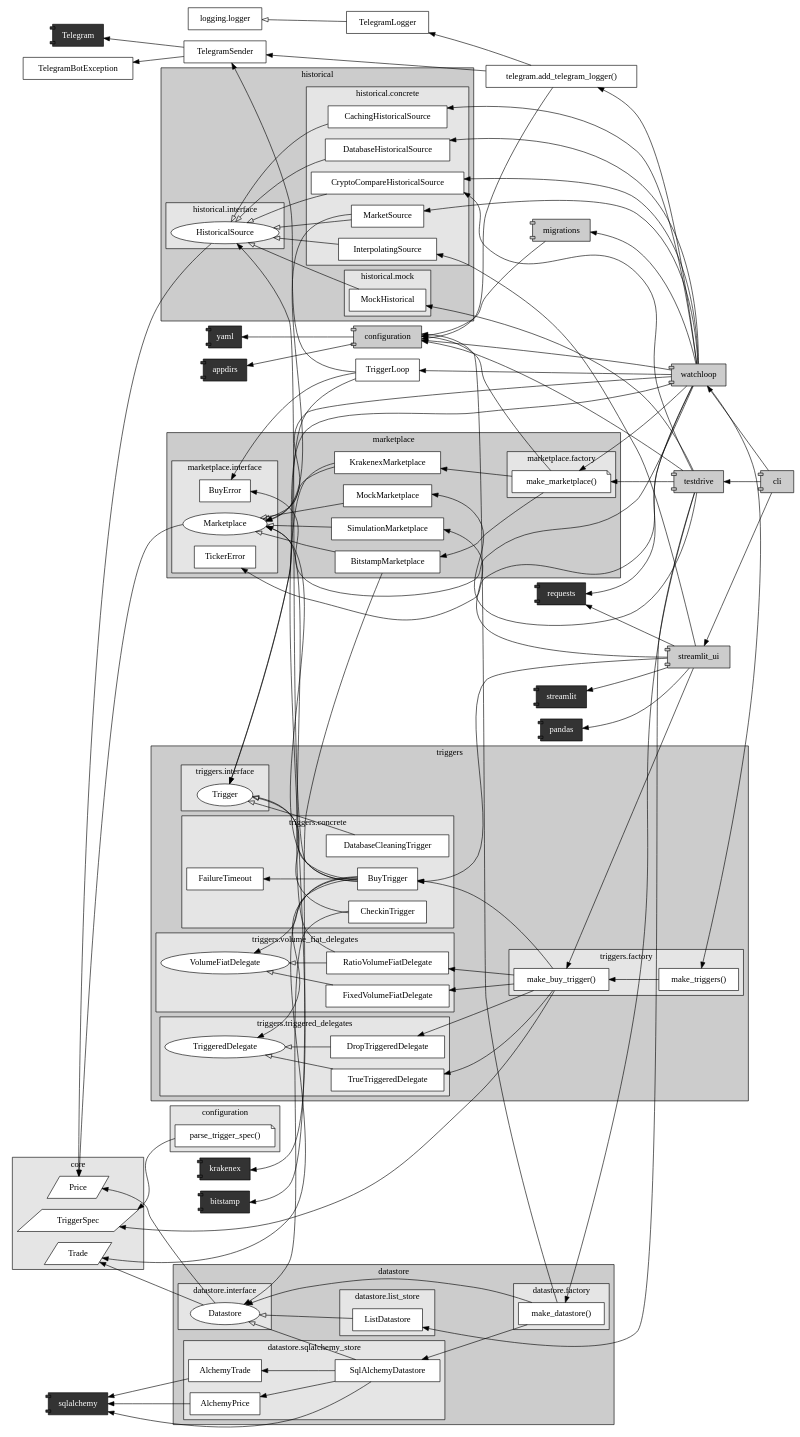
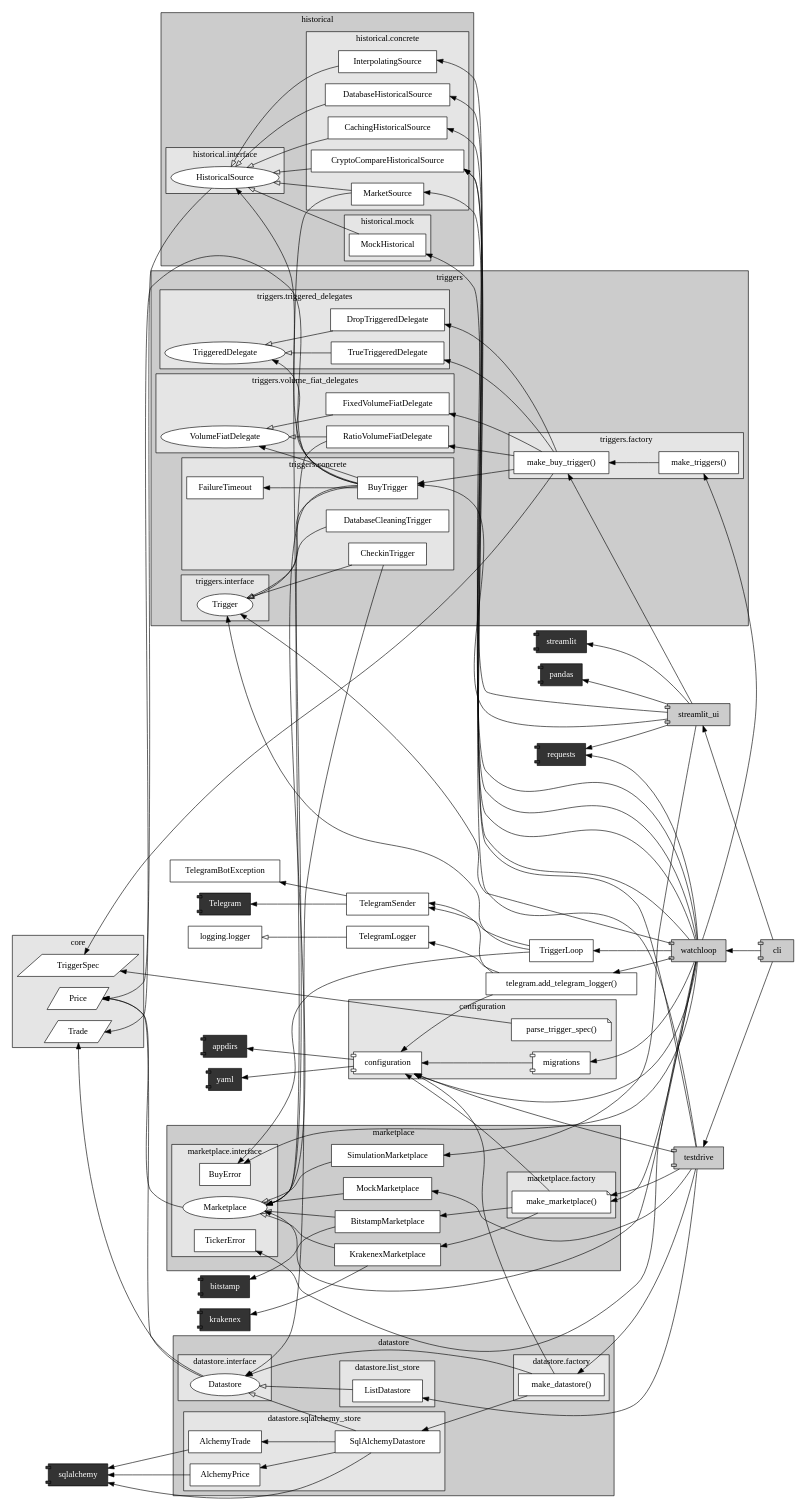
Before and after one commit to martin-ueding/vigilant-crypto-snatch: the diagram in docs/dev/graphs/architecture.dot, drawn with Graphviz.

Commit message:
Update graph

```diff
--- a/docs/dev/graphs/architecture.dot
+++ b/docs/dev/graphs/architecture.dot
@@ -171,14 +171,12 @@
 }
 
 subgraph cluster_configuration {
-label = "configuration"
-fillcolor = gray90
-style=filled
-"parse_trigger_spec()" [shape=note]
-"DropTriggeredDelegate"
-"FixedVolumeFiatDelegate"
-"VolumeFiatDelegate"
-"TriggeredDelegate"
+    label = "configuration"
+    fillcolor = gray90
+    style=filled
+    "parse_trigger_spec()" [shape=note]
+    "migrations" [shape=component]
+    "configuration" [shape=component]
 }
 
 
@@ -193,9 +191,7 @@
 {
 node [shape=component, fillcolor=gray80, style=filled]
 "streamlit_ui"
-"configuration"
 "cli"
-"migrations"
 "testdrive"
 "watchloop"
 }
```
